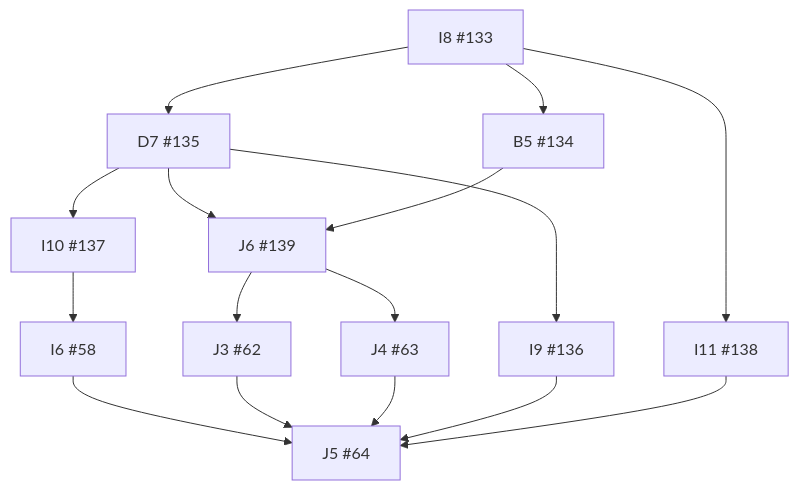
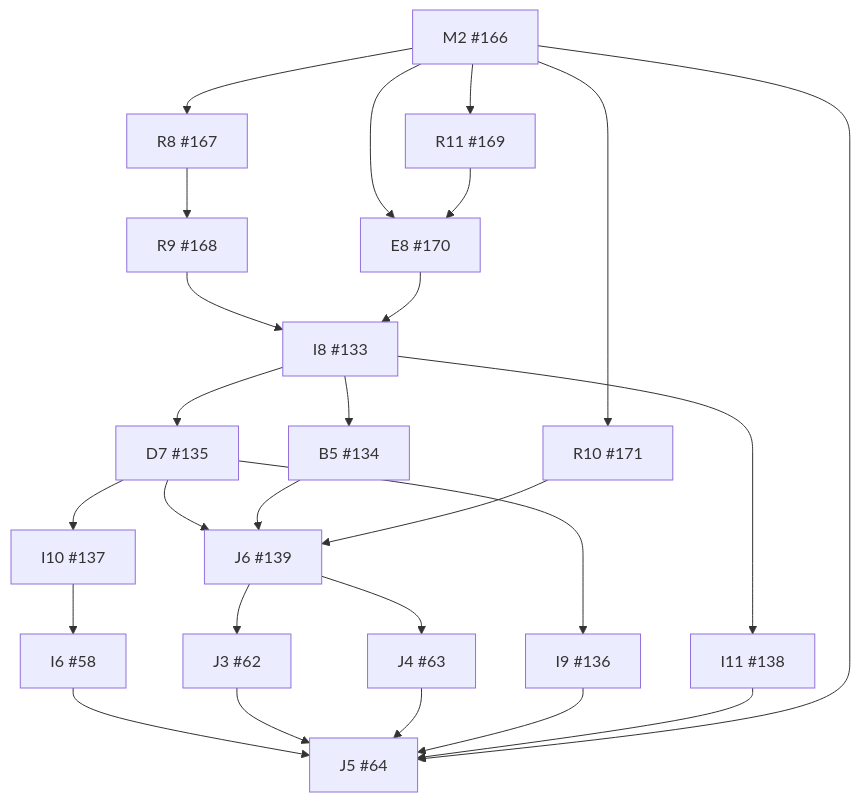
The diagram in docs/implementation/dependency-graph.md (wojtekpiskorz/kiero), drawn with Mermaid before and after one commit. The commit also changed other lines of this file and 9 other files, not shown here.

````diff
--- a/docs/implementation/dependency-graph.md
+++ b/docs/implementation/dependency-graph.md
@@ -9,29 +9,45 @@
 ```mermaid
 flowchart TD
   I6["I6 #58"]
   J3["J3 #62"]
   J4["J4 #63"]
   J5["J5 #64"]
   I8["I8 #133"]
   B5["B5 #134"]
   D7["D7 #135"]
   I9["I9 #136"]
   I10["I10 #137"]
   I11["I11 #138"]
   J6["J6 #139"]
+  M2["M2 #166"]
+  R8["R8 #167"]
+  R9["R9 #168"]
+  R11["R11 #169"]
+  E8["E8 #170"]
+  R10["R10 #171"]
   I10 --> I6
   J6 --> J3
   J6 --> J4
   I6 --> J5
   J3 --> J5
   J4 --> J5
   I9 --> J5
   I11 --> J5
+  M2 --> J5
+  R9 --> I8
+  E8 --> I8
   I8 --> B5
   I8 --> D7
   D7 --> I9
   D7 --> I10
   I8 --> I11
   D7 --> J6
   B5 --> J6
+  R10 --> J6
+  M2 --> R8
+  R8 --> R9
+  M2 --> R11
+  M2 --> E8
+  R11 --> E8
+  M2 --> R10
 ```
````
